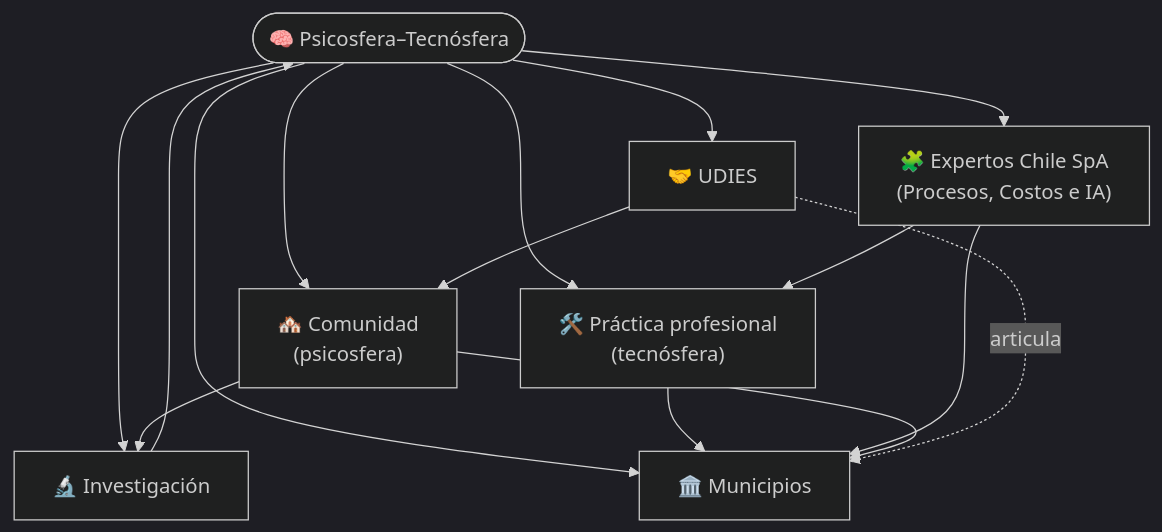
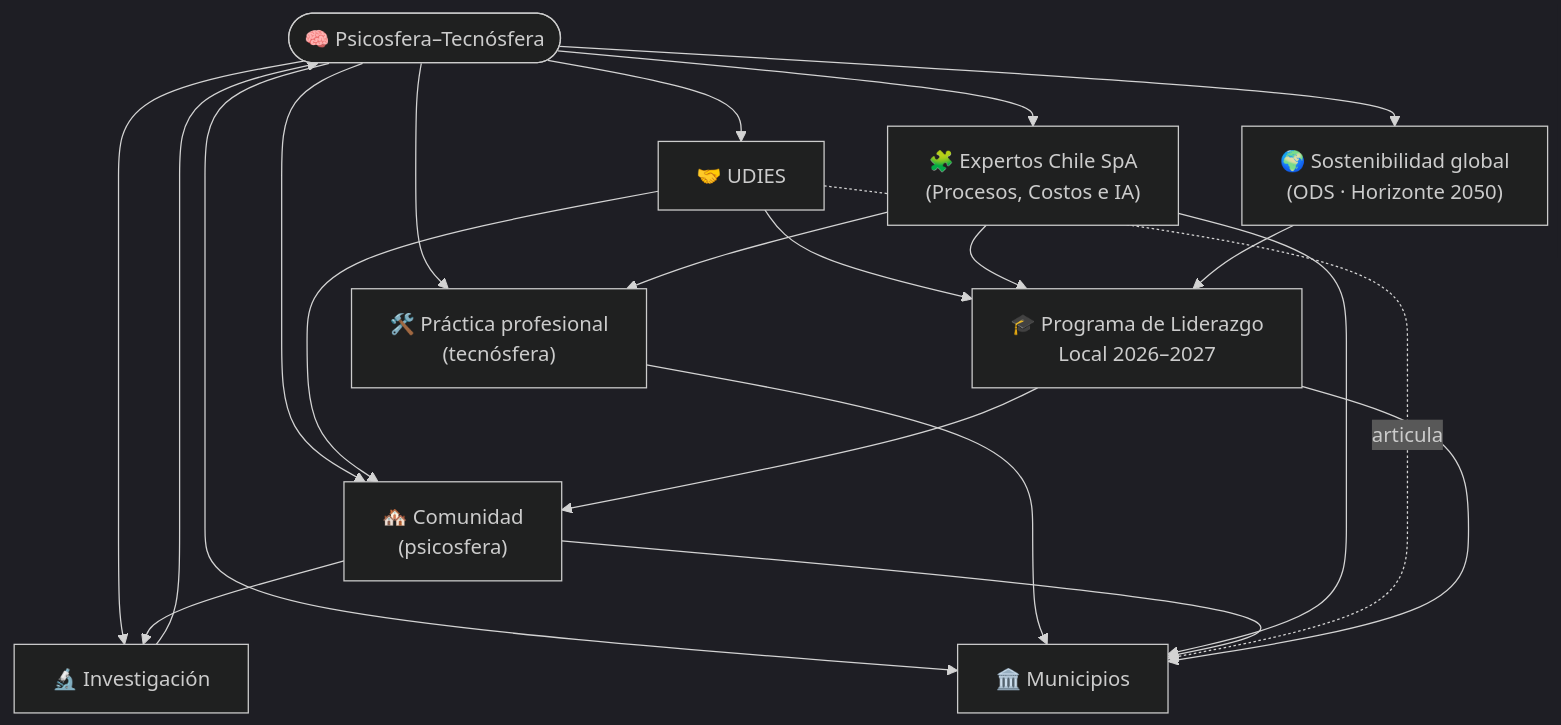
One commit to cyberzone8/cyberzone8 changed the diagram in README.md. Above: the diagram before and after it, drawn with Mermaid (dark theme). The commit also changed other lines of this file, not shown here.

````diff
--- a/README.md
+++ b/README.md
@@ -33,19 +61,26 @@
 ```mermaid
 flowchart TB
     PT(["🧠 Psicosfera–Tecnósfera"])
     PT --> R["🔬 Investigación"]
     PT --> P["🛠️ Práctica profesional<br/>(tecnósfera)"]
     PT --> EC["🧩 Expertos Chile SpA<br/>(Procesos, Costos e IA)"]
     PT --> C["🏘️ Comunidad<br/>(psicosfera)"]
     PT --> M["🏛️ Municipios"]
     PT --> U["🤝 UDIES"]
+    PT --> G["🌍 Sostenibilidad global<br/>(ODS · Horizonte 2050)"]
+    PL["🎓 Programa de Liderazgo<br/>Local 2026–2027"]
     P --> M
     EC --> P
     EC --> M
     C --> M
     U -.->|articula| M
     U --> C
+    U --> PL
+    EC --> PL
+    PL --> C
+    PL --> M
+    G --> PL
     C --> R
     R --> PT
 
 ```
````
